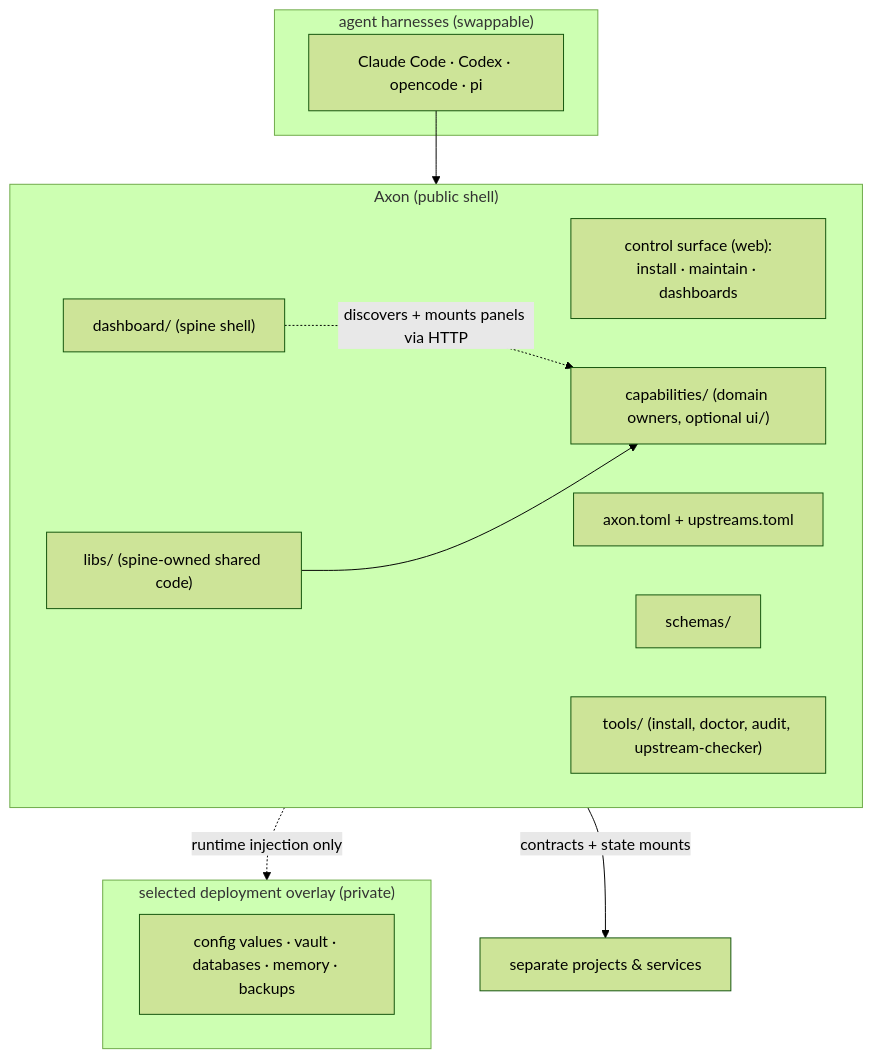
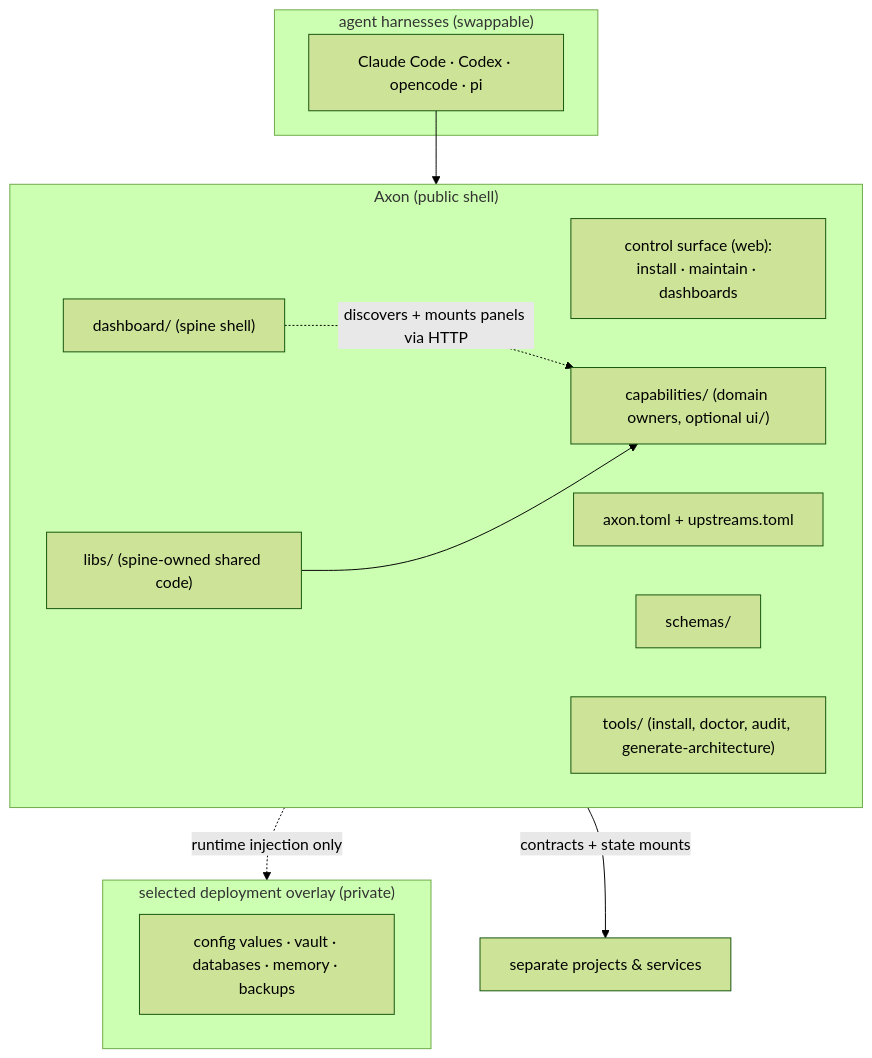
The diagram in README.md (larsboes/Axon), drawn with Mermaid (forest theme) before and after one commit. The commit also changed other lines of this file and 5 other files, not shown here.

````diff
--- a/README.md
+++ b/README.md
@@ -657,23 +692,23 @@
 ```mermaid
 flowchart TB
     subgraph HARNESS["agent harnesses (swappable)"]
         H["Claude Code · Codex · opencode · pi"]
     end
     subgraph AXON["Axon (public shell)"]
         C["control surface (web):<br/>install · maintain · dashboards"]
         M["axon.toml + upstreams.toml"]
         S["schemas/"]
-        T["tools/ (install, doctor, audit, upstream-checker)"]
+        T["tools/ (install, doctor, audit, generate-architecture)"]
         CAP["capabilities/ (domain owners, optional ui/)"]
         D["dashboard/ (spine shell)"]
         L["libs/ (spine-owned shared code)"]
         D -.->|discovers + mounts panels via HTTP| CAP
         L --> CAP
     end
     subgraph OVERLAY["selected deployment overlay (private)"]
         P["config values · vault · databases · memory · backups"]
     end
     H --> AXON
     AXON -.->|runtime injection only| OVERLAY
     AXON -->|contracts + state mounts| EXT["separate projects & services"]
 ```
````
